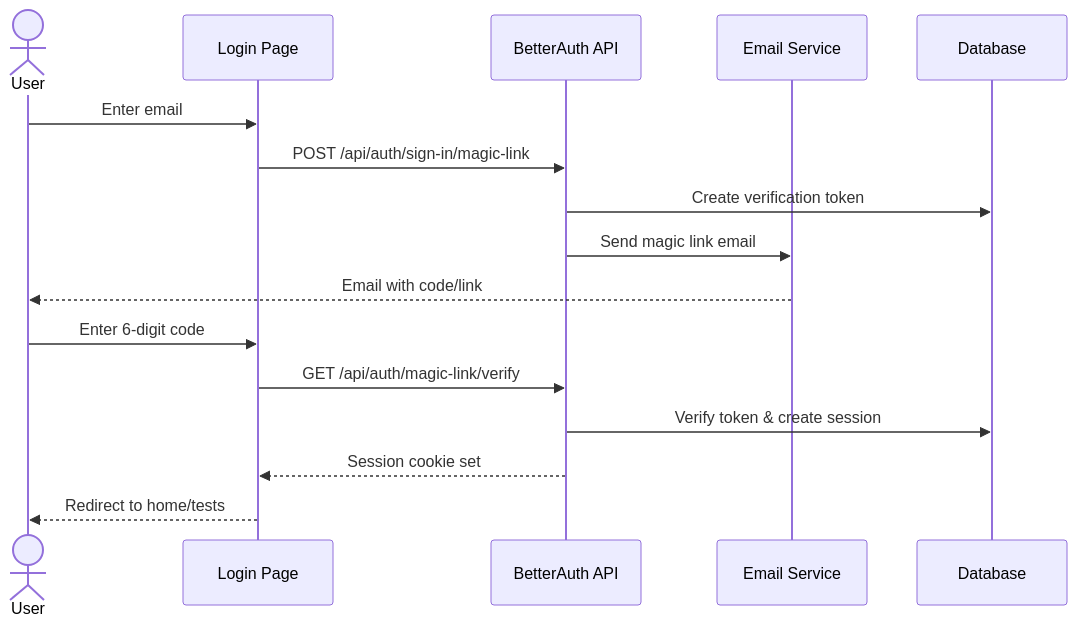
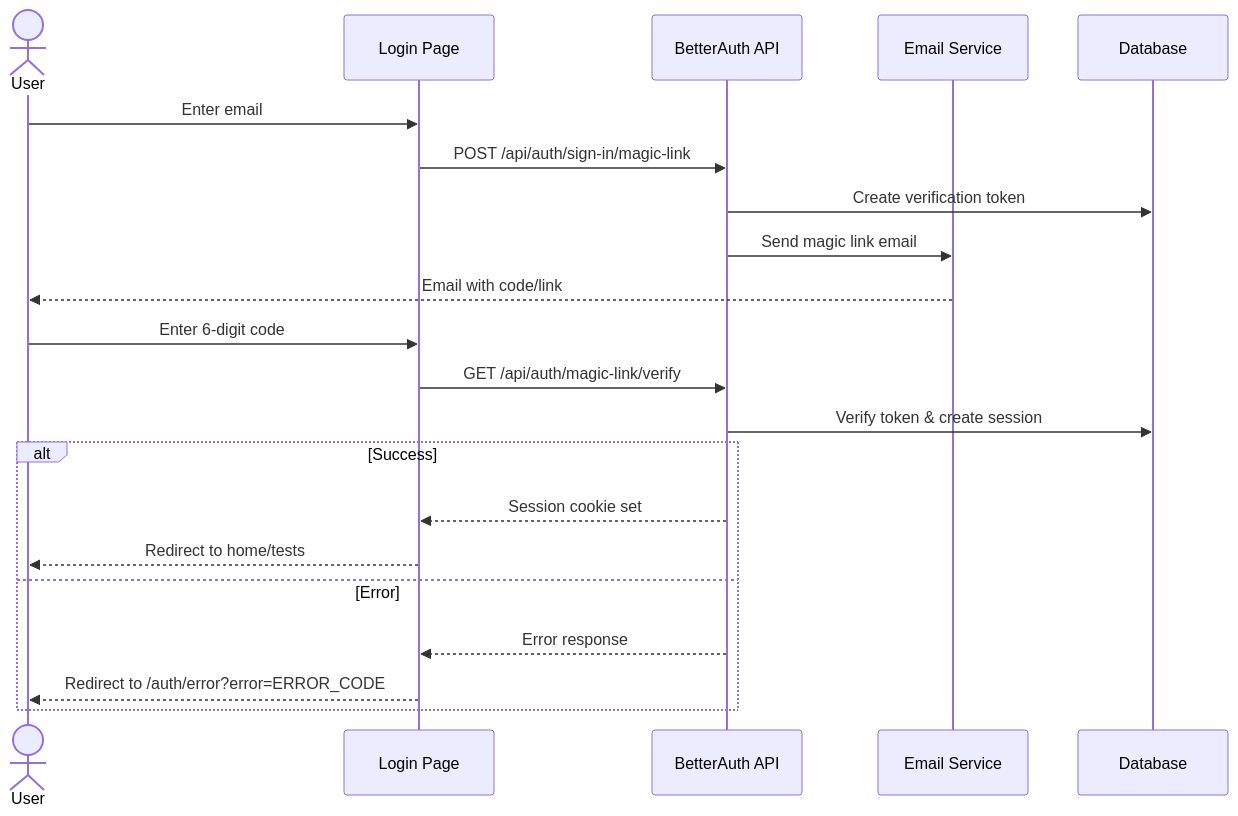
Before and after one commit to LukasStrickler/persona-i: the diagram in .docs/api/authentication.md, drawn with Mermaid. The commit also changed other lines of this file and 9 other files, not shown here.

First line of the commit message:
docs: update database documentation with detailed schema overview

````diff
--- a/.docs/api/authentication.md
+++ b/.docs/api/authentication.md
@@ -26,19 +26,24 @@
 ```mermaid
 sequenceDiagram
     actor User
     participant Login as Login Page
     participant Auth as BetterAuth API
     participant Email as Email Service
     participant DB as Database
 
     User->>Login: Enter email
     Login->>Auth: POST /api/auth/sign-in/magic-link
     Auth->>DB: Create verification token
     Auth->>Email: Send magic link email
     Email-->>User: Email with code/link
     User->>Login: Enter 6-digit code
     Login->>Auth: GET /api/auth/magic-link/verify
     Auth->>DB: Verify token & create session
-    Auth-->>Login: Session cookie set
-    Login-->>User: Redirect to home/tests
+    alt Success
+        Auth-->>Login: Session cookie set
+        Login-->>User: Redirect to home/tests
+    else Error
+        Auth-->>Login: Error response
+        Login-->>User: Redirect to /auth/error?error=ERROR_CODE
+    end
 ```
````
